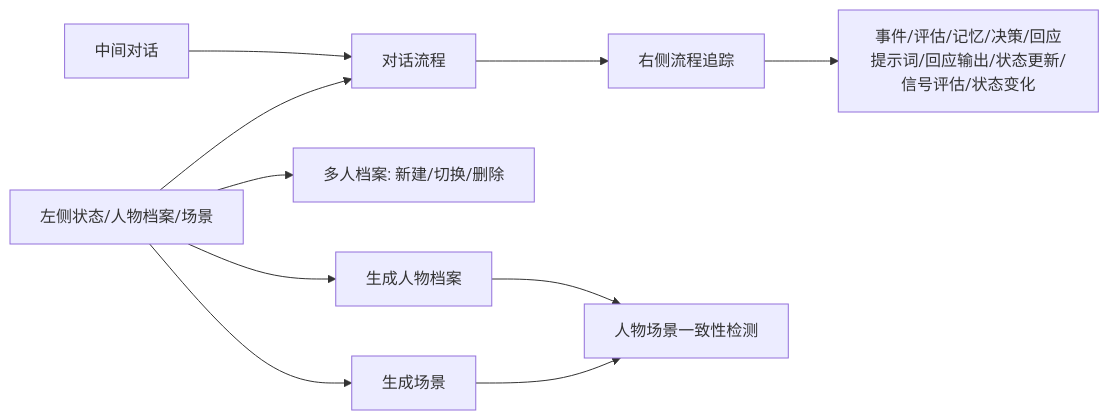
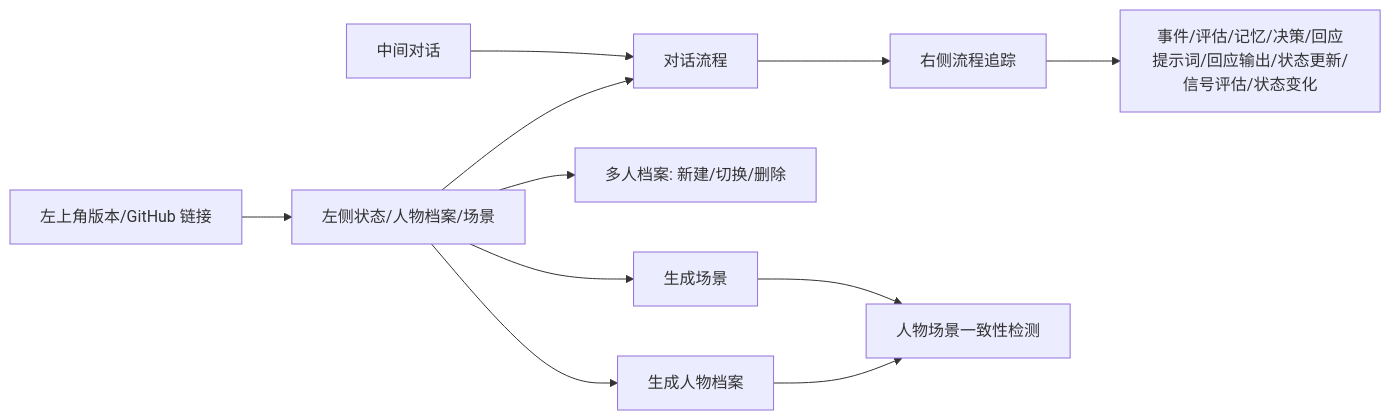
The ninth of 9 diagrams in docs/SYSTEM_FLOW.md (ttmanthatman/virtual-human-flow), drawn with Mermaid before and after one commit. The commit also changed other lines of this file and 3 other files, not shown here.

````diff
--- a/docs/SYSTEM_FLOW.md
+++ b/docs/SYSTEM_FLOW.md
@@ -197,12 +197,13 @@
 ```mermaid
 flowchart LR
+    TOP[左上角版本/GitHub 链接] --> LEFT
     LEFT[左侧状态/人物档案/场景] --> PIPE[对话流程]
     CHAT[中间对话] --> PIPE
     PIPE --> TRACE[右侧流程追踪]
     TRACE --> JSON[事件/评估/记忆/决策/回应提示词/回应输出/状态更新/信号评估/状态变化]
     LEFT --> DOS[多人档案: 新建/切换/删除]
     LEFT --> GEN1[生成人物档案]
     LEFT --> GEN2[生成场景]
     GEN1 --> FIT[人物场景一致性检测]
     GEN2 --> FIT
 ```
````
